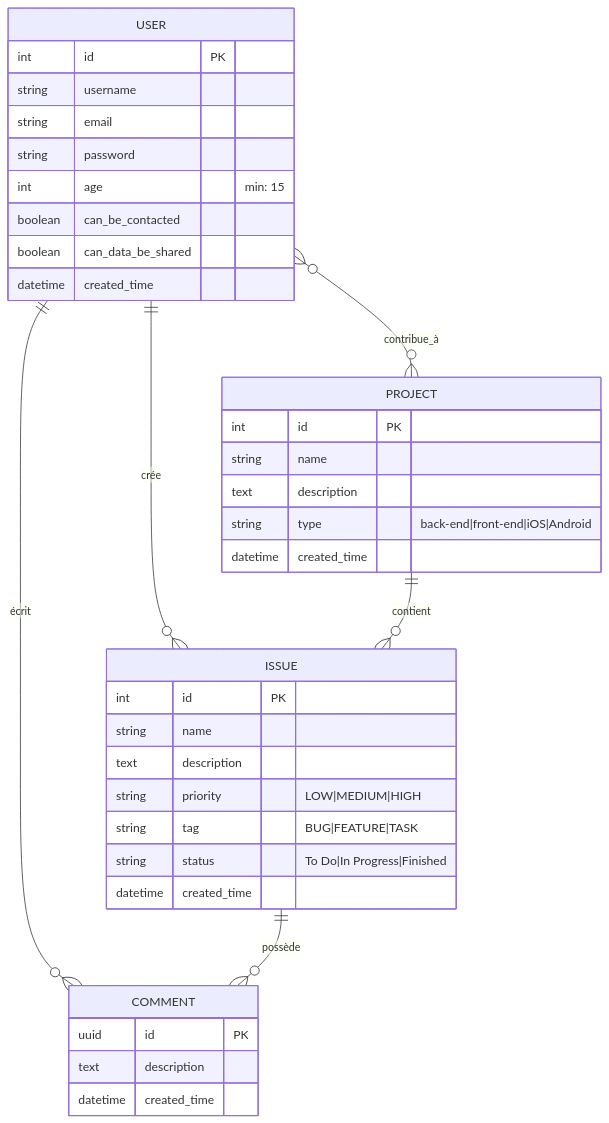
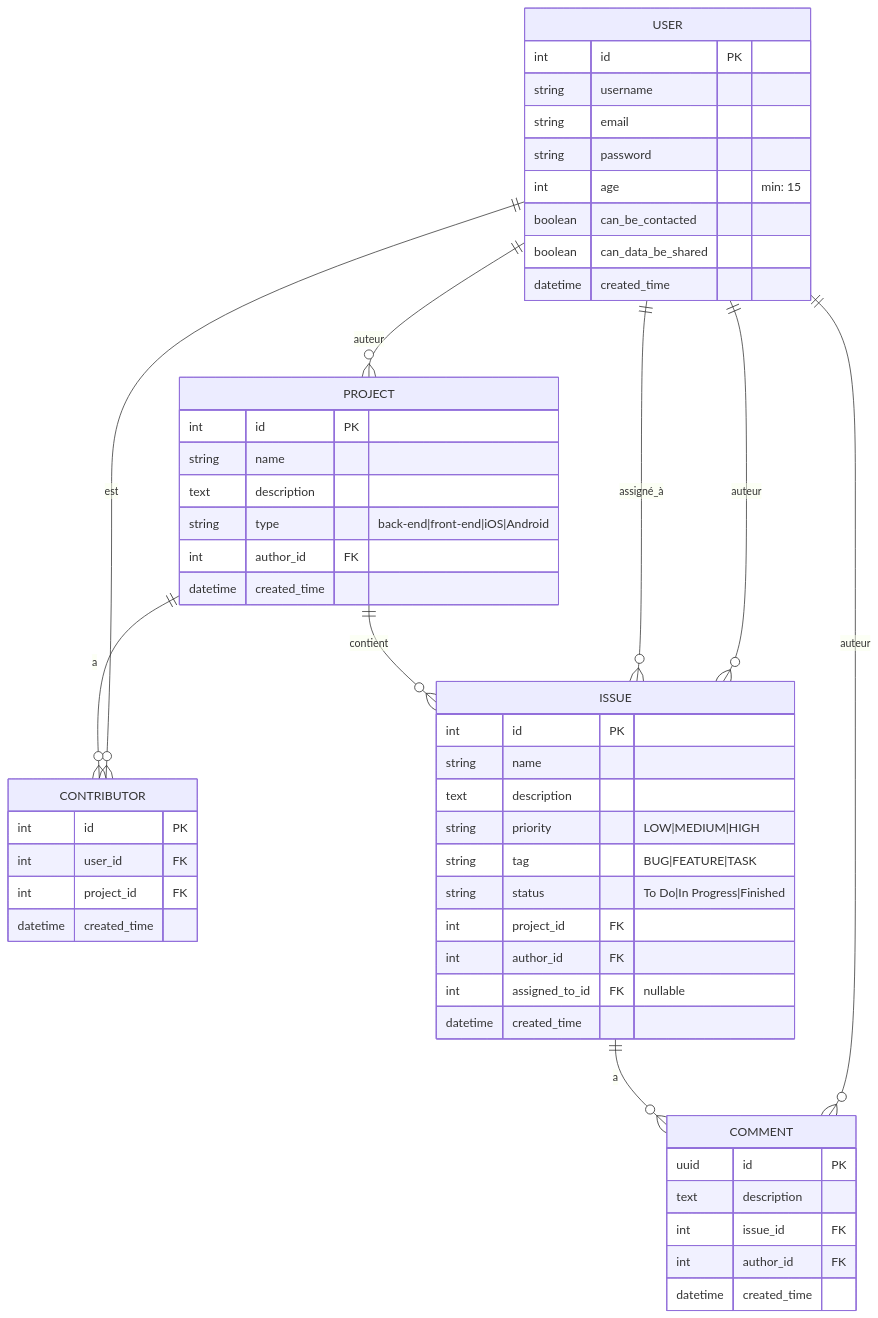
Before and after one commit to SebGris/project-10-django-REST: the diagram in MCD.md, drawn with Mermaid. The commit also changed other lines of this file, not shown here.

````diff
--- a/MCD.md
+++ b/MCD.md
@@ -5,45 +5,61 @@
 ```mermaid
 erDiagram
-    USER }o--o{ PROJECT : "contribue_à"
-    USER ||--o{ ISSUE : "crée"
-    USER ||--o{ COMMENT : "écrit"
+    USER ||--o{ PROJECT : "auteur"
+    USER ||--o{ CONTRIBUTOR : "est"
+    USER ||--o{ ISSUE : "auteur"
+    USER ||--o{ COMMENT : "auteur"
+    USER ||--o{ ISSUE : "assigné_à"
     
+    PROJECT ||--o{ CONTRIBUTOR : "a"
     PROJECT ||--o{ ISSUE : "contient"
     
-    ISSUE ||--o{ COMMENT : "possède"
+    ISSUE ||--o{ COMMENT : "a"
     
     USER {
         int id PK
         string username
         string email
         string password
         int age "min: 15"
         boolean can_be_contacted
         boolean can_data_be_shared
         datetime created_time
     }
     
     PROJECT {
         int id PK
         string name
         text description
         string type "back-end|front-end|iOS|Android"
+        int author_id FK
+        datetime created_time
+    }
+    
+    CONTRIBUTOR {
+        int id PK
+        int user_id FK
+        int project_id FK
         datetime created_time
     }
     
     ISSUE {
         int id PK
         string name
         text description
         string priority "LOW|MEDIUM|HIGH"
         string tag "BUG|FEATURE|TASK"
         string status "To Do|In Progress|Finished"
+        int project_id FK
+        int author_id FK
+        int assigned_to_id FK "nullable"
         datetime created_time
     }
     
     COMMENT {
         uuid id PK
         text description
+        int issue_id FK
+        int author_id FK
         datetime created_time
     }
 ```
````
